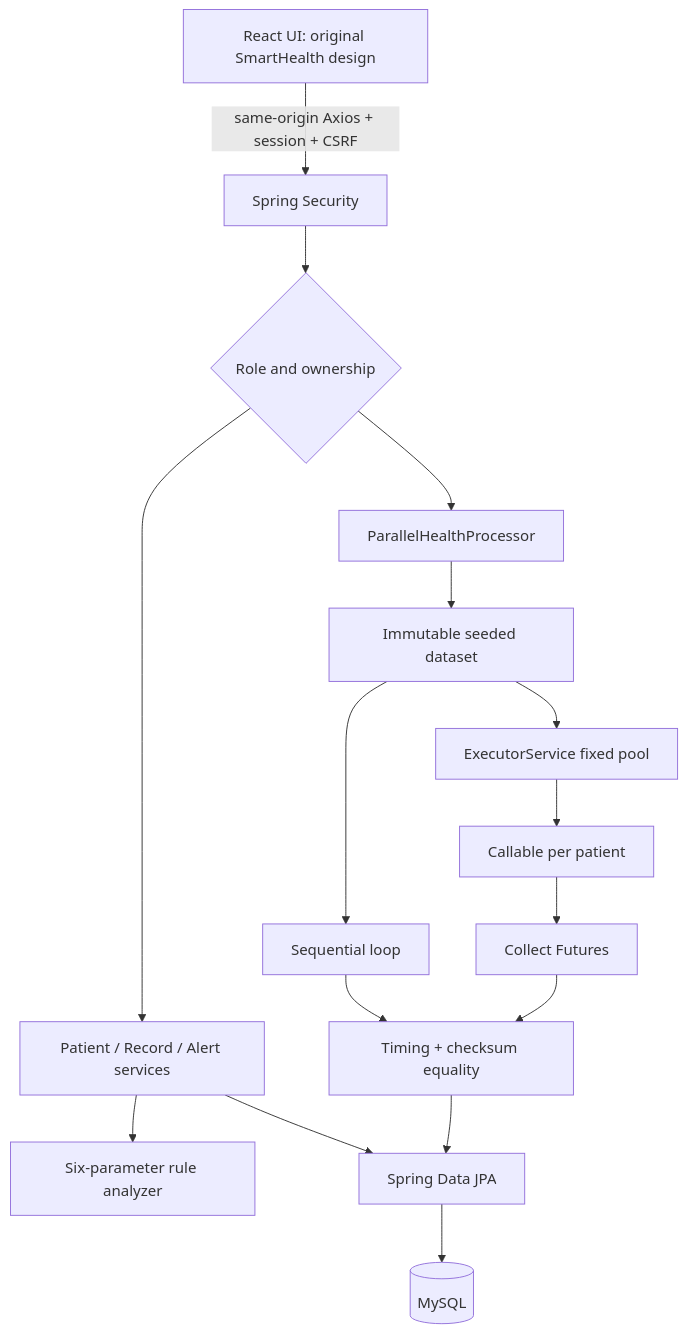
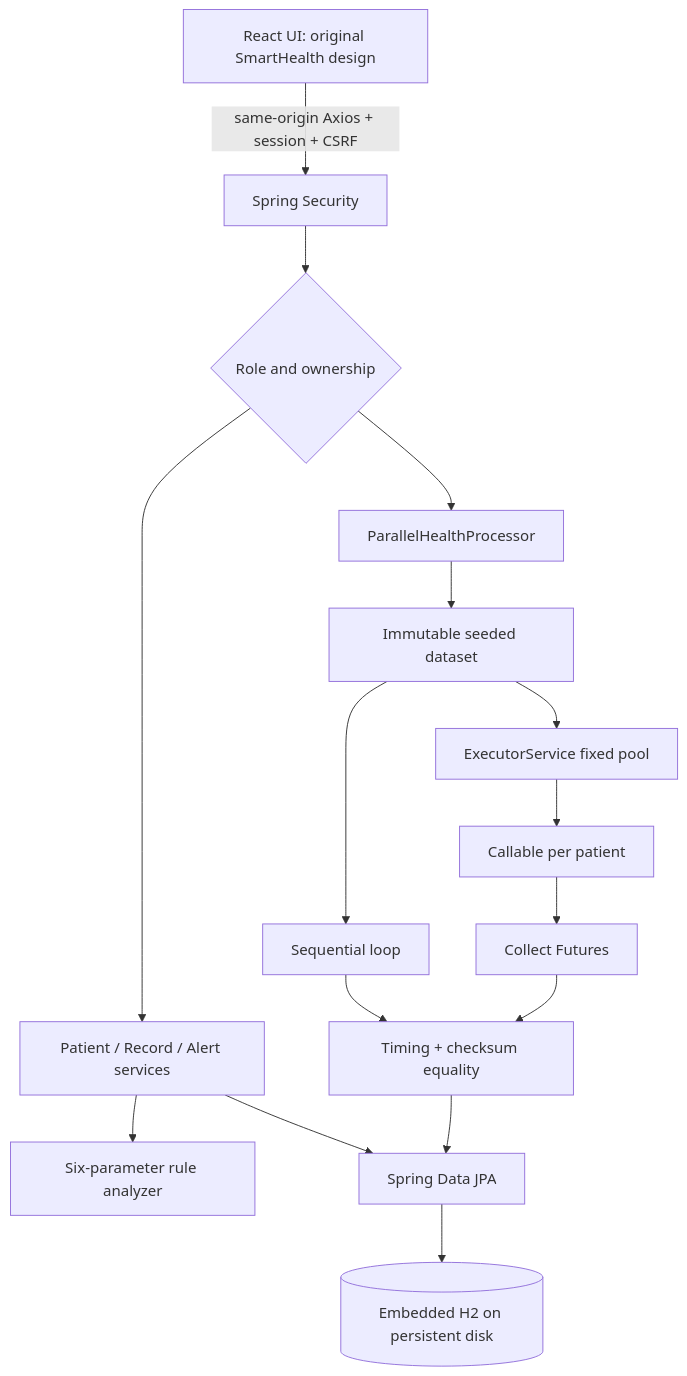
Before and after one commit to ishu7w/SmartHealth: the first of 2 diagrams in docs/ARCHITECTURE.md, drawn with Mermaid. The commit also changed other lines of this file and 45 other files, not shown here.

````diff
--- a/docs/ARCHITECTURE.md
+++ b/docs/ARCHITECTURE.md
@@ -3,18 +3,18 @@
 ```mermaid
 flowchart TD
     UI[React UI: original SmartHealth design] -->|same-origin Axios + session + CSRF| Security[Spring Security]
     Security --> Roles{Role and ownership}
     Roles --> Clinical[Patient / Record / Alert services]
     Roles --> Processor[ParallelHealthProcessor]
     Clinical --> Analyzer[Six-parameter rule analyzer]
     Clinical --> JPA[Spring Data JPA]
     Processor --> Dataset[Immutable seeded dataset]
     Dataset --> Seq[Sequential loop]
     Dataset --> Pool[ExecutorService fixed pool]
     Pool --> Tasks[Callable per patient]
     Tasks --> Futures[Collect Futures]
     Seq --> Compare[Timing + checksum equality]
     Futures --> Compare
     Compare --> JPA
-    JPA --> DB[(MySQL)]
+    JPA --> DB[(Embedded H2 on persistent disk)]
 ```
````
